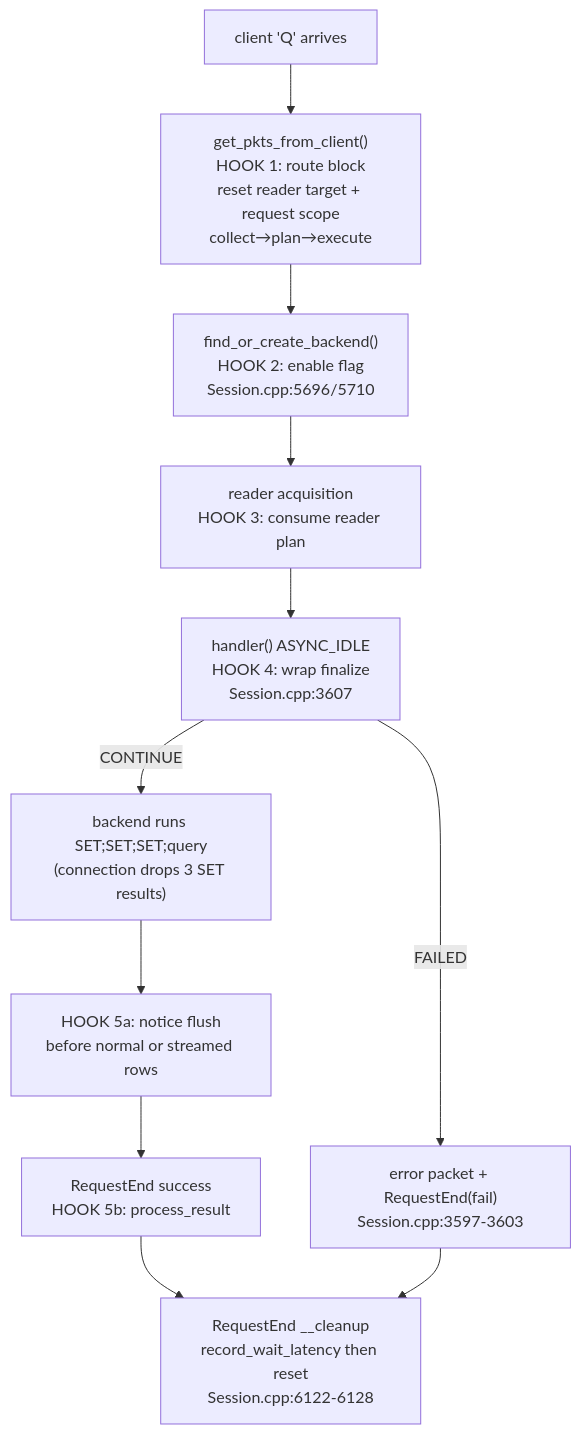
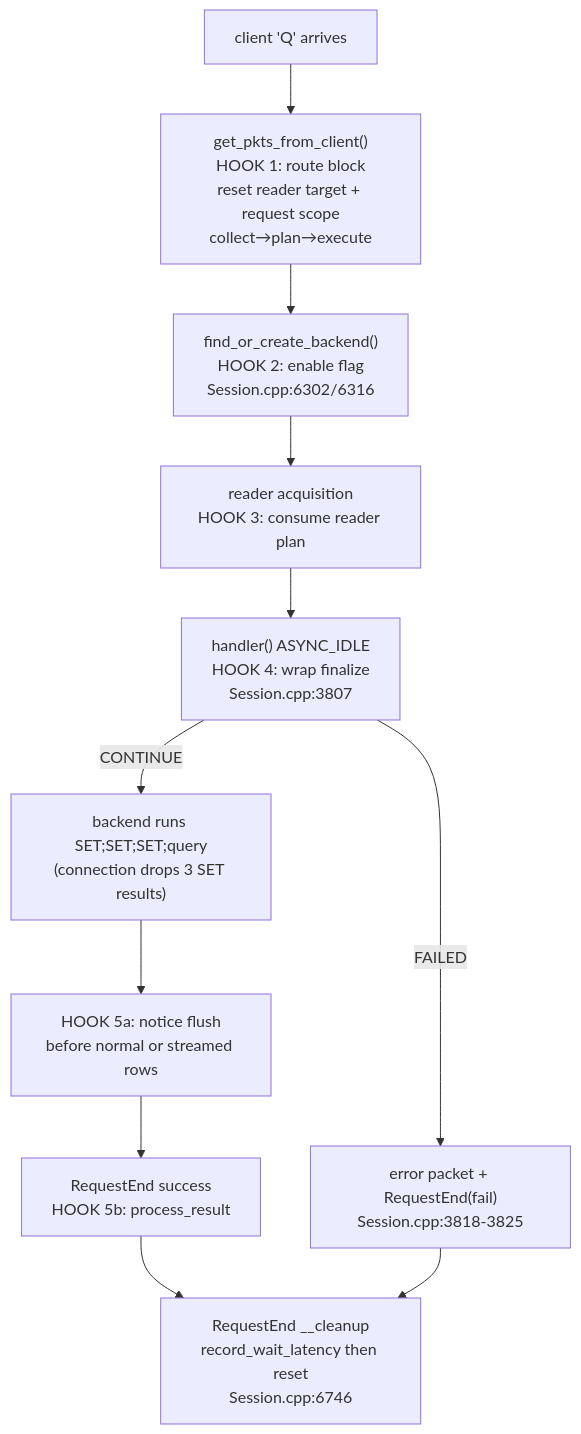
One commit to awide-labs/polar-proxy changed the first of 4 diagrams in doc/polardb-arch/10-SESSION-INTEGRATION.md. Above: the diagram before and after it, drawn with Mermaid. The commit also changed other lines of this file and 21 other files, not shown here.

````diff
--- a/doc/polardb-arch/10-SESSION-INTEGRATION.md
+++ b/doc/polardb-arch/10-SESSION-INTEGRATION.md
@@ -546,13 +547,13 @@
 ```mermaid
 flowchart TD
     A["client 'Q' arrives"] --> B["get_pkts_from_client()<br/>HOOK 1: route block<br/>reset reader target + request scope<br/>collect→plan→execute"]
-    B --> C["find_or_create_backend()<br/>HOOK 2: enable flag<br/>Session.cpp:5696/5710"]
+    B --> C["find_or_create_backend()<br/>HOOK 2: enable flag<br/>Session.cpp:6302/6316"]
     C --> D["reader acquisition<br/>HOOK 3: consume reader plan"]
-    D --> E["handler() ASYNC_IDLE<br/>HOOK 4: wrap finalize<br/>Session.cpp:3607"]
-    E -->|FAILED| F["error packet + RequestEnd(fail)<br/>Session.cpp:3597-3603"]
+    D --> E["handler() ASYNC_IDLE<br/>HOOK 4: wrap finalize<br/>Session.cpp:3807"]
+    E -->|FAILED| F["error packet + RequestEnd(fail)<br/>Session.cpp:3818-3825"]
     E -->|CONTINUE| G["backend runs SET;SET;SET;query<br/>(connection drops 3 SET results)"]
     G --> H["HOOK 5a: notice flush<br/>before normal or streamed rows"]
     H --> I["RequestEnd success<br/>HOOK 5b: process_result"]
-    I --> J["RequestEnd __cleanup<br/>record_wait_latency then reset<br/>Session.cpp:6122-6128"]
+    I --> J["RequestEnd __cleanup<br/>record_wait_latency then reset<br/>Session.cpp:6746"]
     F --> J
 ```
````
